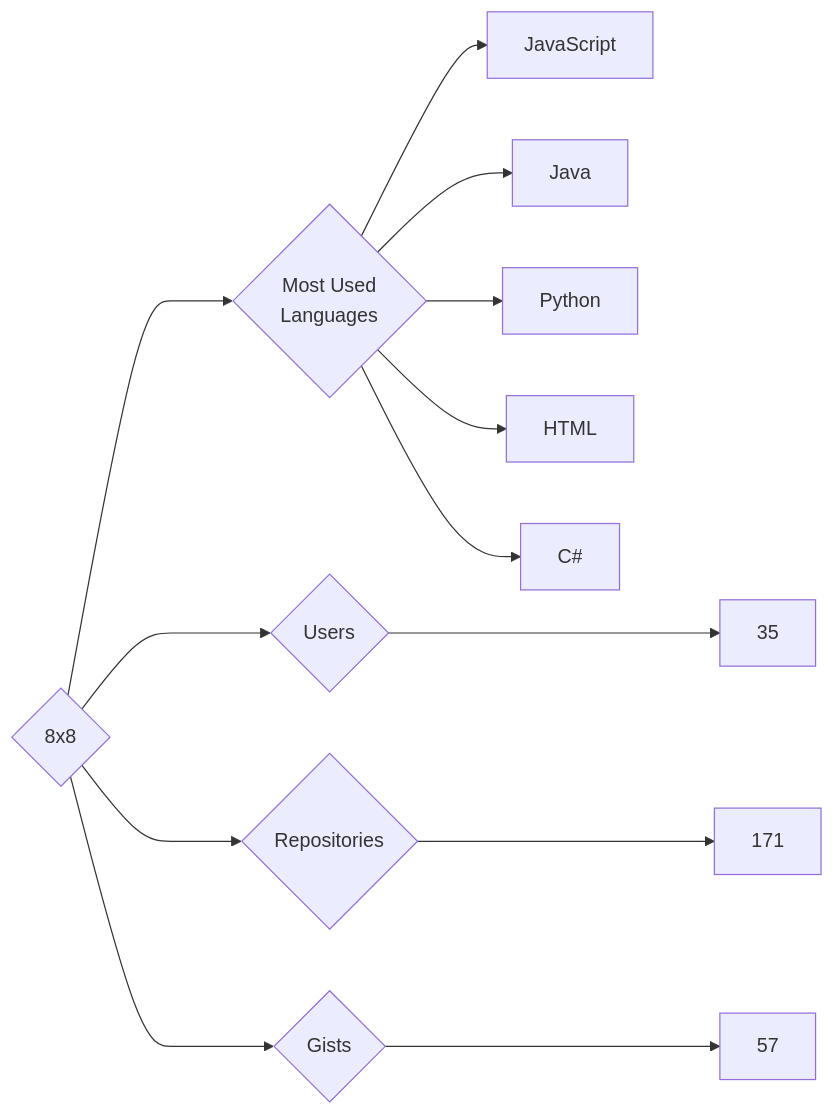
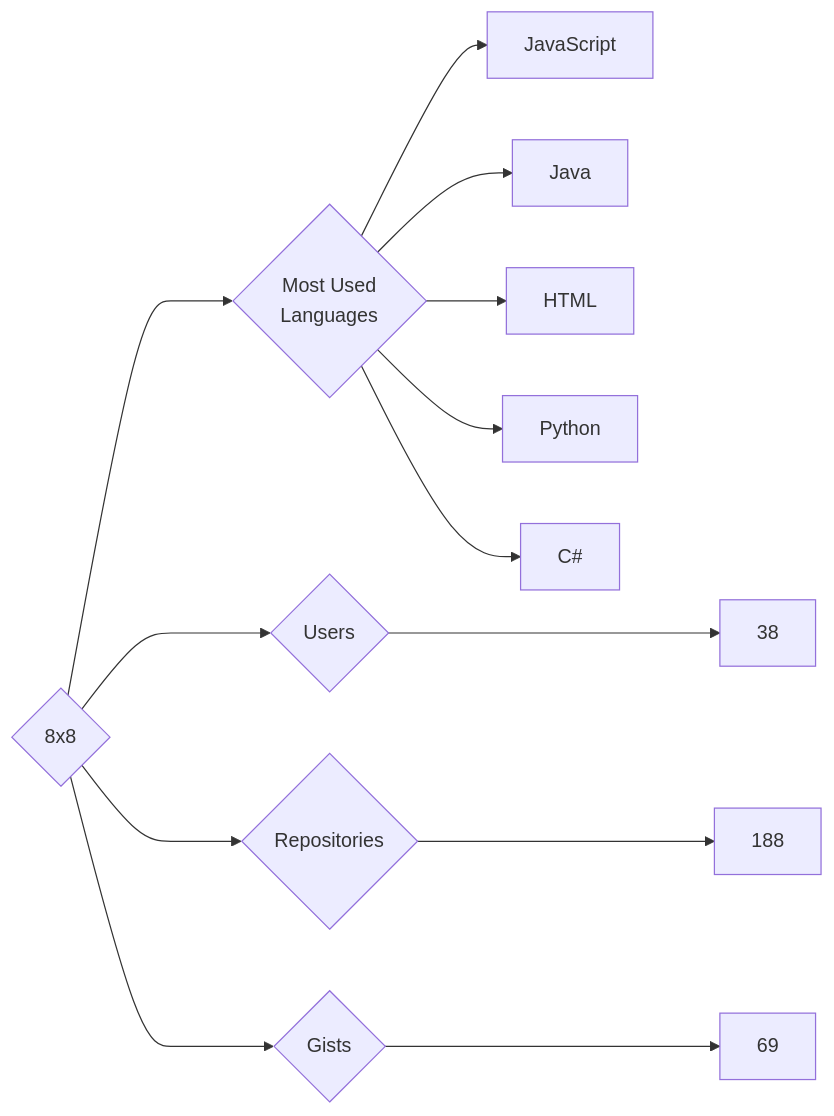
The diagram in targets/8x8/README.md (trickest/insiders), drawn with Mermaid before and after one commit. The commit also changed 545 other files, not shown here.

````diff
--- a/targets/8x8/README.md
+++ b/targets/8x8/README.md
@@ -3,13 +3,13 @@
 ```mermaid
 graph LR
 COMPANY_NAME{8x8}
-COMPANY_NAME ---> U{Users} ---> UN[35]
-COMPANY_NAME ---> R{Repositories} ---> RN[171]
-COMPANY_NAME ---> G{Gists} ---> GN[57]
+COMPANY_NAME ---> U{Users} ---> UN[38]
+COMPANY_NAME ---> R{Repositories} ---> RN[188]
+COMPANY_NAME ---> G{Gists} ---> GN[69]
 COMPANY_NAME ---> ML{Most Used<br>Languages}
 ML --> JavaScript[JavaScript]
 ML --> Java[Java]
+ML --> HTML[HTML]
 ML --> Python[Python]
-ML --> HTML[HTML]
 ML --> C#[C#]
 ```
````
